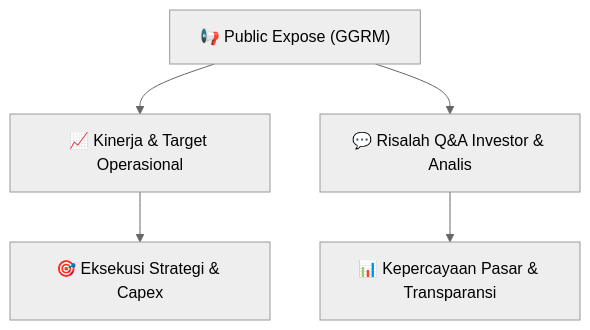
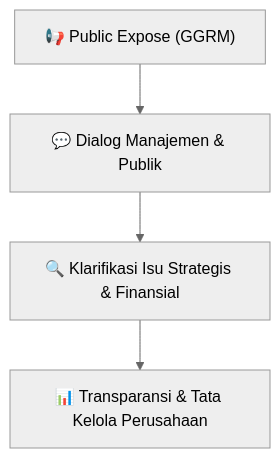
One commit to anYoneo/alphadigest-idx changed the diagram in Finplan_analyst/knowledge-base/public-exposes/hasil-pubex/GGRM_Public_Expose_20260915.md. Above: the diagram before and after it, drawn with Mermaid (neutral theme). The commit also changed other lines of this file and 526 other files, not shown here.

````diff
--- a/Finplan_analyst/knowledge-base/public-exposes/hasil-pubex/GGRM_Public_Expose_20260915.md
+++ b/Finplan_analyst/knowledge-base/public-exposes/hasil-pubex/GGRM_Public_Expose_20260915.md
@@ -34,7 +29,6 @@
 ```mermaid
 flowchart TD
-    A["📢 Public Expose (GGRM)"] --> B["📈 Kinerja & Target Operasional"]
-    A --> C["💬 Risalah Q&A Investor & Analis"]
-    B --> D["🎯 Eksekusi Strategi & Capex"]
-    C --> E["📊 Kepercayaan Pasar & Transparansi"]
+    A["📢 Public Expose (GGRM)"] --> B["💬 Dialog Manajemen & Publik"]
+    B --> C["🔍 Klarifikasi Isu Strategis & Finansial"]
+    C --> D["📊 Transparansi & Tata Kelola Perusahaan"]
 ```
````
